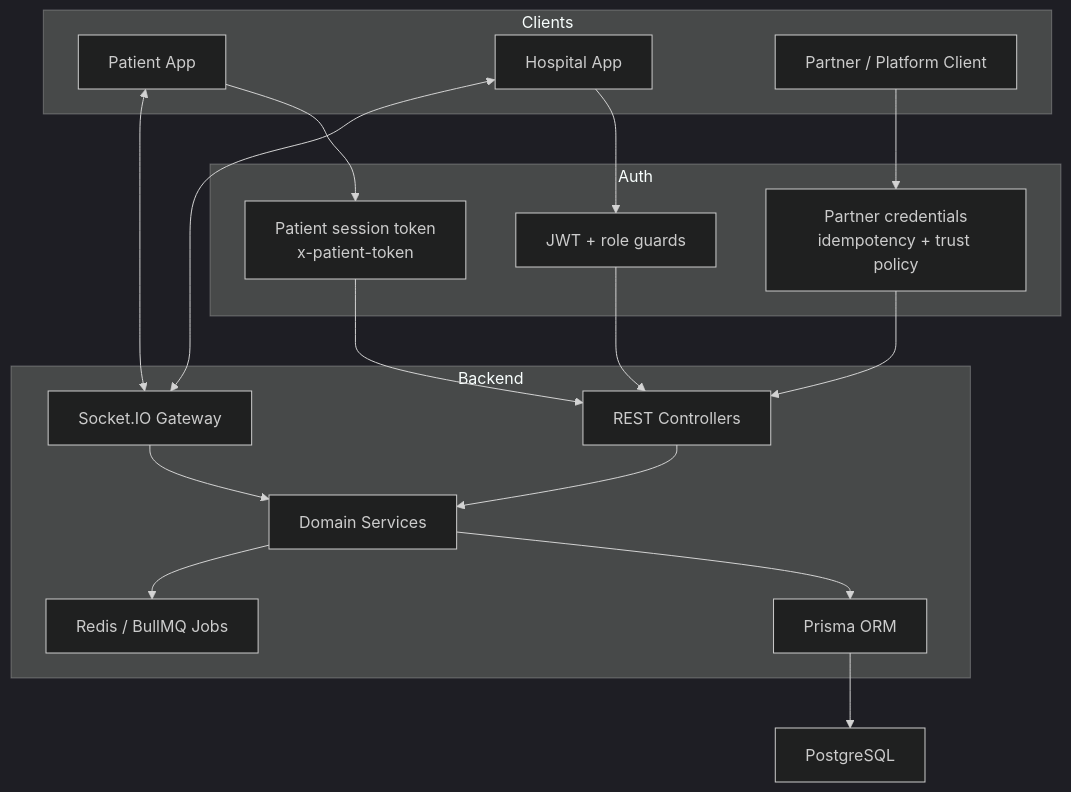
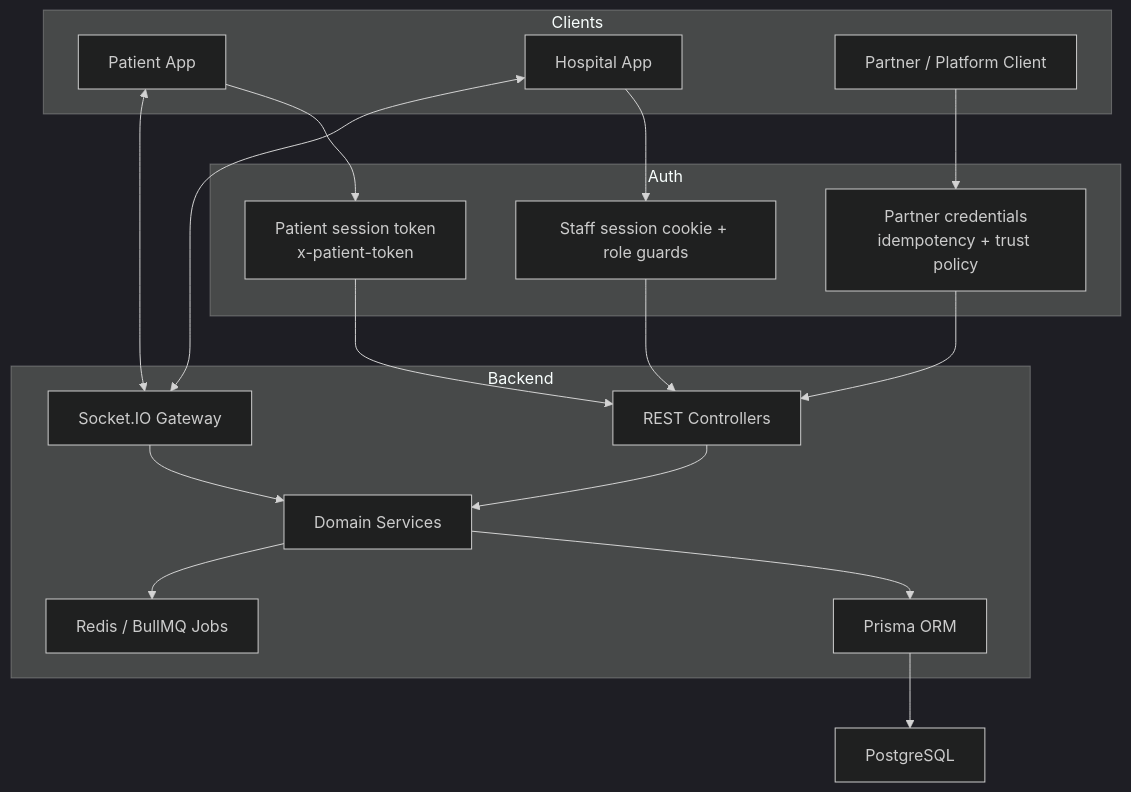
One commit to Nervoload/Priage changed the second of 2 diagrams in README.md. Above: the diagram before and after it, drawn with Mermaid (dark theme). The commit also changed other lines of this file and 310 other files, not shown here.

````diff
--- a/README.md
+++ b/README.md
@@ -80,36 +49,36 @@
 ```mermaid
 flowchart TB
     subgraph Clients
       patient["Patient App"]
       hospital["Hospital App"]
       partner["Partner / Platform Client"]
     end
 
     subgraph Auth
       patientAuth["Patient session token<br/>x-patient-token"]
-      staffAuth["JWT + role guards"]
+      staffAuth["Staff session cookie + role guards"]
       partnerAuth["Partner credentials<br/>idempotency + trust policy"]
     end
 
     subgraph Backend
       rest["REST Controllers"]
       socket["Socket.IO Gateway"]
       services["Domain Services"]
       jobs["Redis / BullMQ Jobs"]
       prisma["Prisma ORM"]
     end
 
     db["PostgreSQL"]
 
     patient --> patientAuth --> rest
     hospital --> staffAuth --> rest
     partner --> partnerAuth --> rest
 
     patient <--> socket
     hospital <--> socket
 
     rest --> services
     services --> prisma --> db
     services --> jobs
     socket --> services
 ```
````
